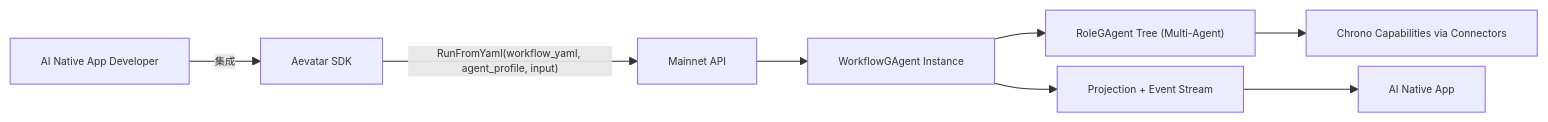
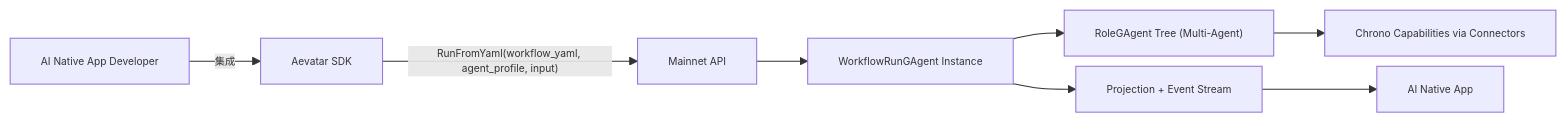
Before and after one commit to aevatarAI/aevatar: diagram 19 of 19 in docs/architecture/AEVATAR_MAINNET_ARCHITECTURE.md, drawn with Mermaid. The commit also changed other lines of this file and 92 other files, not shown here.

First line of the commit message:
Refactor workflow architecture to separate definition and run actors

````diff
--- a/docs/architecture/AEVATAR_MAINNET_ARCHITECTURE.md
+++ b/docs/architecture/AEVATAR_MAINNET_ARCHITECTURE.md
@@ -1554,11 +1552,11 @@
 ```mermaid
 %%{init: {"maxTextSize": 100000, "flowchart": {"useMaxWidth": false, "nodeSpacing": 10, "rankSpacing": 50}, "themeVariables": {"fontSize": "10px"}}}%%
 flowchart LR
     Dev["AI Native App Developer"] -->|"集成"| Sdk["Aevatar SDK"]
     Sdk -->|"RunFromYaml(workflow_yaml, agent_profile, input)"| Api["Mainnet API"]
-    Api --> WfAgent["WorkflowGAgent Instance"]
+    Api --> WfAgent["WorkflowRunGAgent Instance"]
     WfAgent --> RoleTree["RoleGAgent Tree (Multi-Agent)"]
     RoleTree --> Chrono["Chrono Capabilities via Connectors"]
     WfAgent --> Projection["Projection + Event Stream"]
     Projection --> App["AI Native App"]
 ```
````
